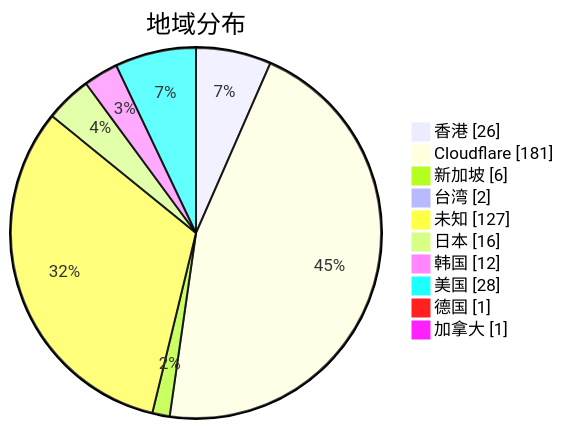
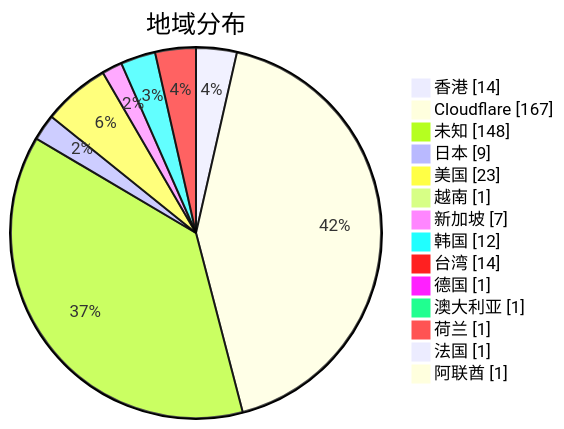
The second of 3 diagrams in subs/statistics/tested_within.md (qjlxg/airport), drawn with Mermaid before and after one commit. The commit also changed other lines of this file and 2 other files, not shown here.

````diff
--- a/subs/statistics/tested_within.md
+++ b/subs/statistics/tested_within.md
@@ -13,14 +13,18 @@
 ```mermaid
 pie showData
 title 地域分布
-"香港" : 26
-"Cloudflare" : 181
-"新加坡" : 6
-"台湾" : 2
-"未知" : 127
-"日本" : 16
+"香港" : 14
+"Cloudflare" : 167
+"未知" : 148
+"日本" : 9
+"美国" : 23
+"越南" : 1
+"新加坡" : 7
 "韩国" : 12
-"美国" : 28
+"台湾" : 14
 "德国" : 1
-"加拿大" : 1
+"澳大利亚" : 1
+"荷兰" : 1
+"法国" : 1
+"阿联酋" : 1
 ```
````
